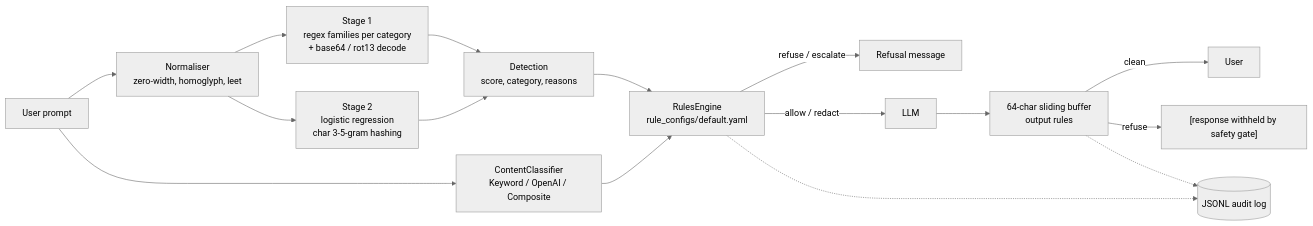
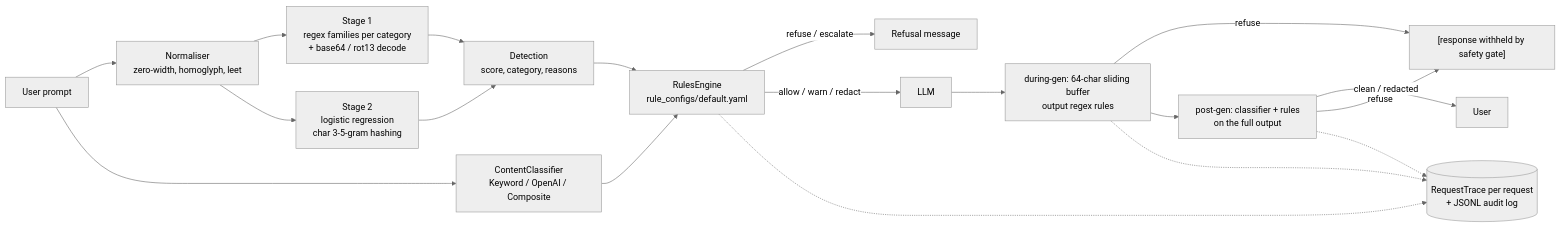
The diagram in README.md (d41sys/safegate), drawn with Mermaid (neutral theme) before and after one commit. The commit also changed other lines of this file and 5 other files, not shown here.

Commit message:
feat: warn action, post-gen classifier checkpoint, per-request RequestTrace and safegate run --trace

````diff
--- a/README.md
+++ b/README.md
@@ -21,18 +21,21 @@
 ```mermaid
 flowchart LR
     U[User prompt] --> N[Normaliser<br/>zero-width, homoglyph, leet]
     N --> S1[Stage 1<br/>regex families per category<br/>+ base64 / rot13 decode]
     N --> S2[Stage 2<br/>logistic regression<br/>char 3-5-gram hashing]
     S1 --> D[Detection<br/>score, category, reasons]
     S2 --> D
     U --> C[ContentClassifier<br/>Keyword / OpenAI / Composite]
     D --> R[RulesEngine<br/>rule_configs/default.yaml]
     C --> R
     R -->|refuse / escalate| X[Refusal message]
-    R -->|allow / redact| L[LLM]
-    L --> B[64-char sliding buffer<br/>output rules]
-    B -->|clean| O[User]
+    R -->|allow / warn / redact| L[LLM]
+    L --> B[during-gen: 64-char sliding buffer<br/>output regex rules]
     B -->|refuse| W["[response withheld by safety gate]"]
-    R -.-> A[(JSONL audit log)]
-    B -.-> A
+    B --> P[post-gen: classifier + rules<br/>on the full output]
+    P -->|clean / redacted| O[User]
+    P -->|refuse| W
+    R -.-> T[(RequestTrace per request<br/>+ JSONL audit log)]
+    B -.-> T
+    P -.-> T
 ```
````
